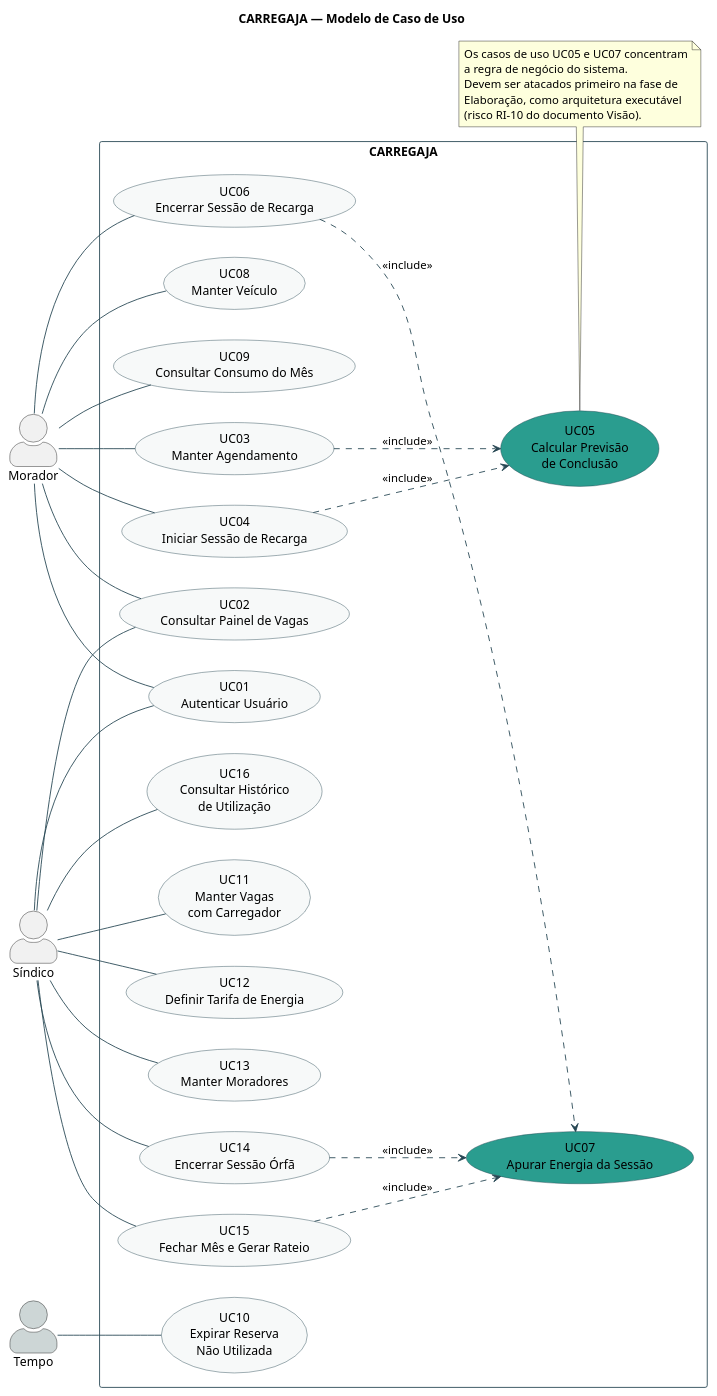
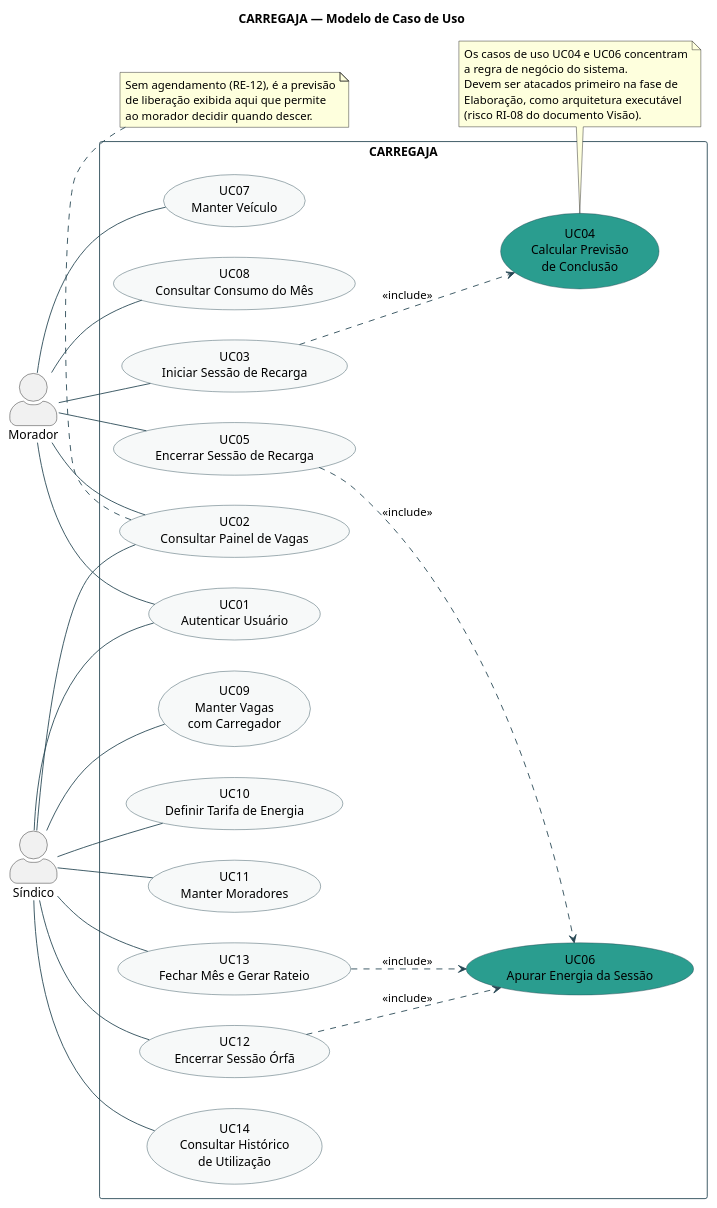
Before and after one commit to AndreMoreira00/CarregaJA: the diagram in 2.Analise e Design/CARREGAJA - Modelo de Caso de Uso.puml, drawn with PlantUML. The commit also changed 13 other files, not shown here.

```diff
--- a/2.Analise e Design/CARREGAJA - Modelo de Caso de Uso.puml
+++ b/2.Analise e Design/CARREGAJA - Modelo de Caso de Uso.puml
@@ -1,93 +1,93 @@
 @startuml CARREGAJA-ModeloCasoDeUso-Geral
 ' =====================================================================
 ' CARREGAJA - Modelo de Caso de Uso (visão geral)
-' Projeto: Sistema de Agendamento e Rateio de Recarga de Veículos
+' Projeto: Sistema de Controle e Rateio de Recarga de Veículos
 '          Elétricos em Condomínio
-' Versão do modelo: 2.0
-' Derivado de: 1.Requisitos/CARREGAJA - Visão.md (v2.0)
+' Versão do modelo: 3.0
+' Derivado de: 1.Requisitos/CARREGAJA - Visão.md (v3.0)
+'
+' v3.0: removidos o agendamento (UC03 da v2.0), a expiração de reserva
+'       (UC10 da v2.0) e o ator Tempo. Casos de uso renumerados para
+'       UC01-UC14, sem lacunas.
 ' =====================================================================
 
 title CARREGAJA — Modelo de Caso de Uso
 
 left to right direction
 skinparam packageStyle rectangle
 skinparam shadowing false
 skinparam ArrowColor #264653
 skinparam actorStyle awesome
 skinparam usecase {
   BackgroundColor #F7F9F9
   BorderColor #264653
 }
 skinparam rectangle {
   BorderColor #264653
 }
 
 actor "Morador" as MOR
 actor "Síndico" as SIN
-actor "Tempo" as TMP #CDD6D6
 
 rectangle "CARREGAJA" {
 
   ' ---------- Acesso ----------
   usecase "UC01\nAutenticar Usuário" as UC01
 
   ' ---------- Uso pelo morador ----------
   usecase "UC02\nConsultar Painel de Vagas" as UC02
-  usecase "UC03\nManter Agendamento" as UC03
-  usecase "UC04\nIniciar Sessão de Recarga" as UC04
-  usecase "UC05\nCalcular Previsão\nde Conclusão" as UC05 #2A9D8F
-  usecase "UC06\nEncerrar Sessão de Recarga" as UC06
-  usecase "UC07\nApurar Energia da Sessão" as UC07 #2A9D8F
-  usecase "UC08\nManter Veículo" as UC08
-  usecase "UC09\nConsultar Consumo do Mês" as UC09
-
-  ' ---------- Automático (ator temporal) ----------
-  usecase "UC10\nExpirar Reserva\nNão Utilizada" as UC10
+  usecase "UC03\nIniciar Sessão de Recarga" as UC03
+  usecase "UC04\nCalcular Previsão\nde Conclusão" as UC04 #2A9D8F
+  usecase "UC05\nEncerrar Sessão de Recarga" as UC05
+  usecase "UC06\nApurar Energia da Sessão" as UC06 #2A9D8F
+  usecase "UC07\nManter Veículo" as UC07
+  usecase "UC08\nConsultar Consumo do Mês" as UC08
 
   ' ---------- Gestão do condomínio ----------
-  usecase "UC11\nManter Vagas\ncom Carregador" as UC11
-  usecase "UC12\nDefinir Tarifa de Energia" as UC12
-  usecase "UC13\nManter Moradores" as UC13
-  usecase "UC14\nEncerrar Sessão Órfã" as UC14
-  usecase "UC15\nFechar Mês e Gerar Rateio" as UC15
-  usecase "UC16\nConsultar Histórico\nde Utilização" as UC16
+  usecase "UC09\nManter Vagas\ncom Carregador" as UC09
+  usecase "UC10\nDefinir Tarifa de Energia" as UC10
+  usecase "UC11\nManter Moradores" as UC11
+  usecase "UC12\nEncerrar Sessão Órfã" as UC12
+  usecase "UC13\nFechar Mês e Gerar Rateio" as UC13
+  usecase "UC14\nConsultar Histórico\nde Utilização" as UC14
 }
 
 ' ---------- Associações do Morador ----------
 MOR -- UC01
 MOR -- UC02
 MOR -- UC03
-MOR -- UC04
-MOR -- UC06
+MOR -- UC05
+MOR -- UC07
 MOR -- UC08
-MOR -- UC09
-
-' ---------- Associação do ator temporal ----------
-TMP -- UC10
 
 ' ---------- Associações do Síndico ----------
 SIN -- UC01
 SIN -- UC02
+SIN -- UC09
+SIN -- UC10
 SIN -- UC11
 SIN -- UC12
 SIN -- UC13
 SIN -- UC14
-SIN -- UC15
-SIN -- UC16
 
 ' ---------- Relacionamentos entre casos de uso ----------
-UC03 ..> UC05 : <<include>>
-UC04 ..> UC05 : <<include>>
-UC06 ..> UC07 : <<include>>
-UC14 ..> UC07 : <<include>>
-UC15 ..> UC07 : <<include>>
+UC03 ..> UC04 : <<include>>
+UC05 ..> UC06 : <<include>>
+UC12 ..> UC06 : <<include>>
+UC13 ..> UC06 : <<include>>
 
-note bottom of UC05
-  Os casos de uso UC05 e UC07 concentram
+note bottom of UC04
+  Os casos de uso UC04 e UC06 concentram
   a regra de negócio do sistema.
   Devem ser atacados primeiro na fase de
   Elaboração, como arquitetura executável
-  (risco RI-10 do documento Visão).
+  (risco RI-08 do documento Visão).
+end note
+
+note bottom of UC02
+  Sem agendamento (RE-12), é a previsão
+  de liberação exibida aqui que permite
+  ao morador decidir quando descer.
 end note
 
 @enduml
```
